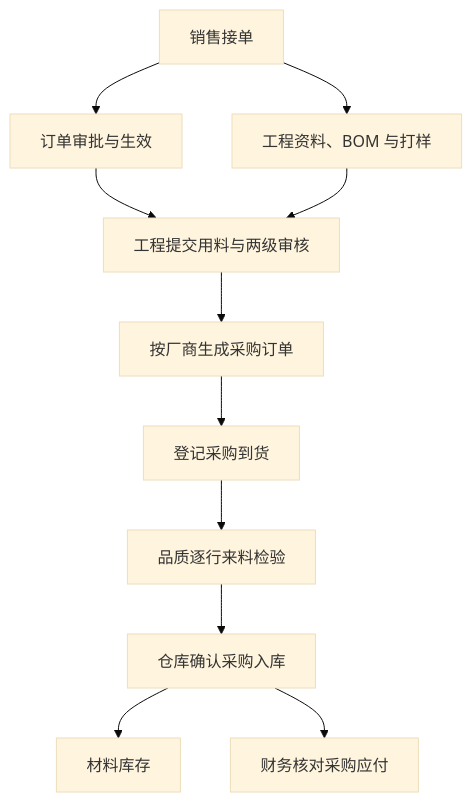
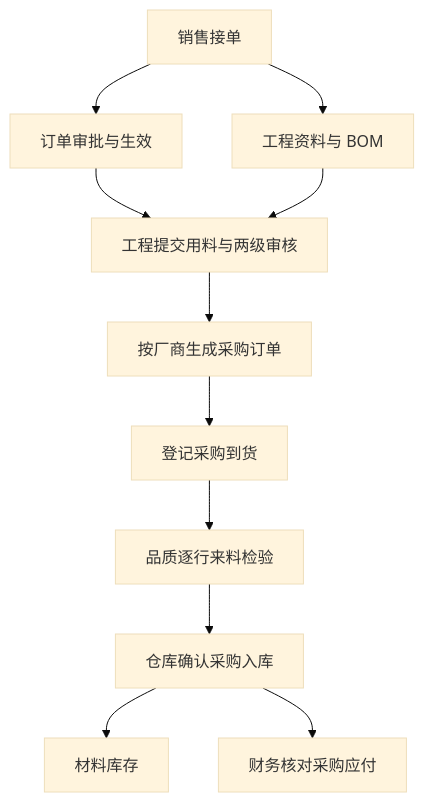
Before and after one commit to saurick/plush-toy-erp: the second of 4 diagrams in docs/workflow/业务与协同流程地图.md, drawn with Mermaid (base theme). The commit also changed other lines of this file and 1030 other files, not shown here.

````diff
--- a/docs/workflow/业务与协同流程地图.md
+++ b/docs/workflow/业务与协同流程地图.md
@@ -42,13 +42,13 @@
 ```mermaid
 flowchart TD
   sales["销售接单"] --> review["订单审批与生效"]
-  sales --> engineering["工程资料、BOM 与打样"]
+  sales --> engineering["工程资料与 BOM"]
   review --> material["工程提交用料与两级审核"]
   engineering --> material
   material --> sourcing["按厂商生成采购订单"]
   sourcing --> arrival["登记采购到货"]
   arrival --> iqc["品质逐行来料检验"]
   iqc --> inbound["仓库确认采购入库"]
   inbound --> inventory["材料库存"]
   inbound --> payable["财务核对采购应付"]
 ```
````
